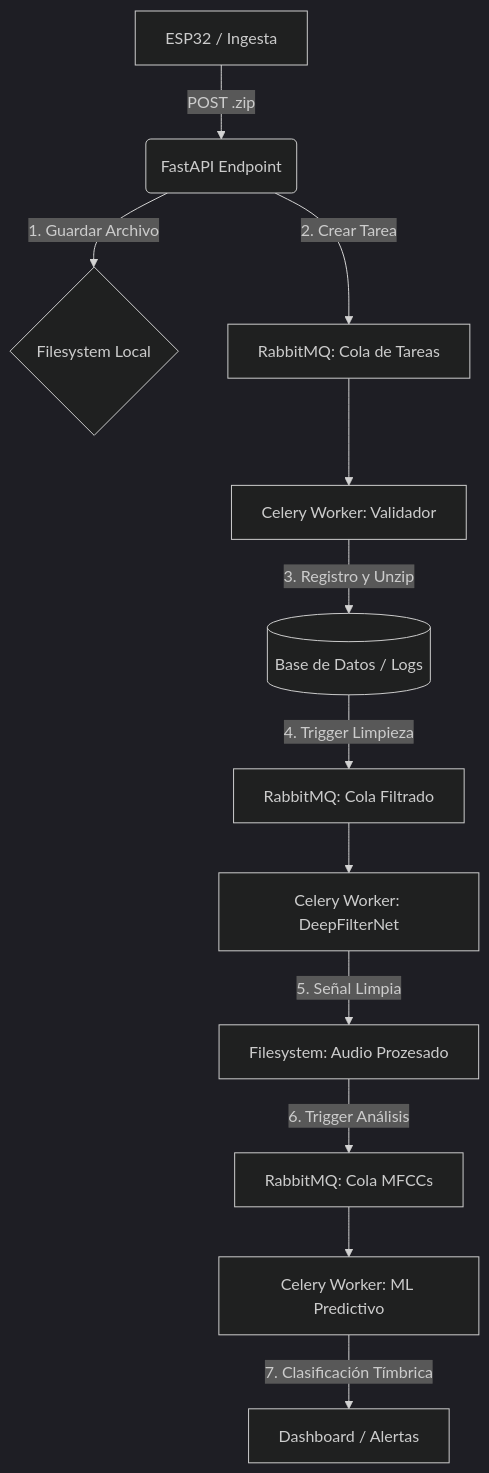
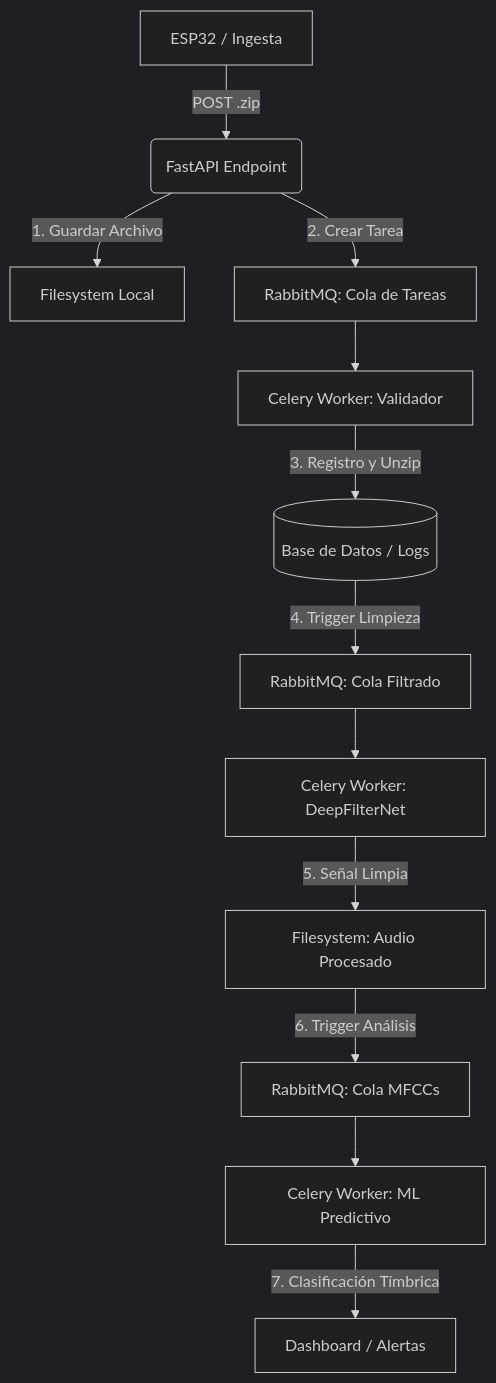
One commit to linares-it/sistema-mantenimiento-predictivo changed the diagram in README.md. Above: the diagram before and after it, drawn with Mermaid (dark theme). The commit also changed other lines of this file, not shown here.

````diff
--- a/README.md
+++ b/README.md
@@ -26,17 +25,17 @@
 ```mermaid
 graph TD  
     A[ESP32 / Ingesta] -->|POST .zip| B(FastAPI Endpoint)  
-    B -->|1. Guardar Archivo| C{Filesystem Local}  
+    B -->|1. Guardar Archivo| C[Filesystem Local]  
     B -->|2. Crear Tarea| D[RabbitMQ: Cola de Tareas]  
     
     D --> E[Celery Worker: Validador]  
     E -->|3. Registro y Unzip| F[(Base de Datos / Logs)]  
     F -->|4. Trigger Limpieza| G[RabbitMQ: Cola Filtrado]  
     
     G --> H[Celery Worker: DeepFilterNet]  
-    H -->|5. Señal Limpia| I[Filesystem: Audio Prozesado]  
+    H -->|5. Señal Limpia| I[Filesystem: Audio Procesado]  
     I -->|6. Trigger Análisis| J[RabbitMQ: Cola MFCCs]  
     
     J --> K[Celery Worker: ML Predictivo]  
     K -->|7. Clasificación Tímbrica| L[Dashboard / Alertas]
 ```
````
